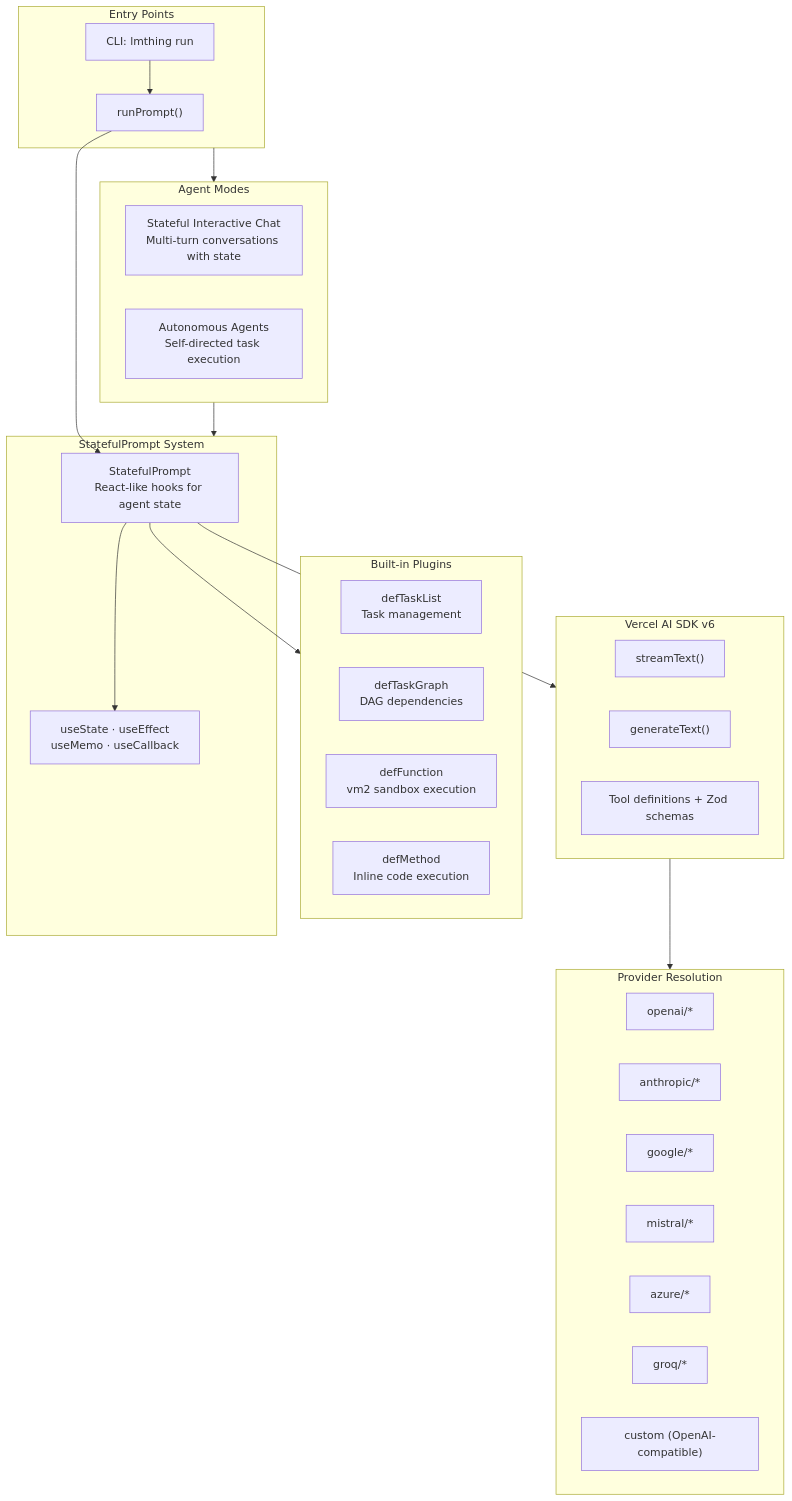
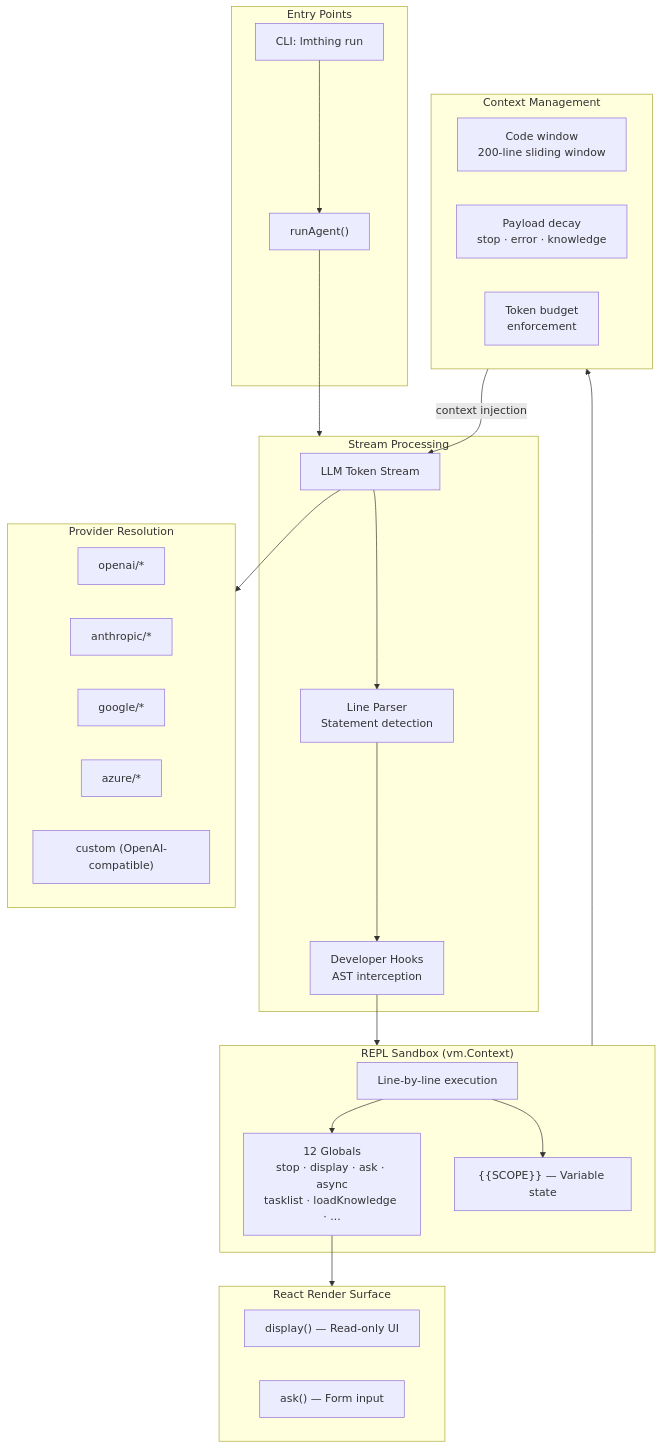
Before and after one commit to lmthing/lmthing: the second of 6 diagrams in CLAUDE.md, drawn with Mermaid. The commit also changed other lines of this file, not shown here.

First line of the commit message:
docs: sync root CLAUDE.md with core/CLAUDE.md REPL agent architecture

````diff
--- a/CLAUDE.md
+++ b/CLAUDE.md
@@ -141,50 +150,50 @@
 ```mermaid
 graph TB
     subgraph Entry["Entry Points"]
-        RunPrompt["runPrompt()"]
+        RunAgent["runAgent()"]
         CLI["CLI: lmthing run"]
     end
 
-    subgraph Modes["Agent Modes"]
-        Interactive["Stateful Interactive Chat<br/>Multi-turn conversations with state"]
-        Autonomous["Autonomous Agents<br/>Self-directed task execution"]
+    subgraph Stream["Stream Processing"]
+        LLM["LLM Token Stream"]
+        Parser["Line Parser<br/>Statement detection"]
+        Hooks["Developer Hooks<br/>AST interception"]
+        LLM --> Parser --> Hooks
     end
 
-    subgraph Prompt["StatefulPrompt System"]
-        SP["StatefulPrompt<br/>React-like hooks for agent state"]
-        Hooks["useState · useEffect<br/>useMemo · useCallback"]
-        SP --> Hooks
+    subgraph Sandbox["REPL Sandbox (vm.Context)"]
+        Exec["Line-by-line execution"]
+        Globals["12 Globals<br/>stop · display · ask · async<br/>tasklist · loadKnowledge · ..."]
+        Scope["{{SCOPE}} — Variable state"]
+        Exec --> Globals
+        Exec --> Scope
     end
 
-    Entry --> Modes
-    Modes --> Prompt
+    subgraph Render["React Render Surface"]
+        Display["display() — Read-only UI"]
+        Ask["ask() — Form input"]
+    end
 
-    subgraph Plugins["Built-in Plugins"]
-        TaskList["defTaskList<br/>Task management"]
-        TaskGraph["defTaskGraph<br/>DAG dependencies"]
-        Function["defFunction<br/>vm2 sandbox execution"]
-        Method["defMethod<br/>Inline code execution"]
+    subgraph Context["Context Management"]
+        CodeWindow["Code window<br/>200-line sliding window"]
+        Decay["Payload decay<br/>stop · error · knowledge"]
+        Budget["Token budget<br/>enforcement"]
     end
+
+    CLI --> RunAgent
+    RunAgent --> Stream
+    Hooks --> Sandbox
+    Globals --> Render
+    Sandbox --> Context
+    Context -- "context injection" --> LLM
 
     subgraph Providers["Provider Resolution"]
         OpenAI["openai/*"]
         Anthropic["anthropic/*"]
         Google["google/*"]
-        Mistral["mistral/*"]
         Azure["azure/*"]
-        Groq["groq/*"]
         Custom["custom (OpenAI-compatible)"]
     end
 
-    subgraph SDK["Vercel AI SDK v6"]
-        StreamText["streamText()"]
-        GenerateText["generateText()"]
-        Tools["Tool definitions + Zod schemas"]
-    end
-
-    RunPrompt --> SP
-    CLI --> RunPrompt
-    SP --> Plugins
-    SP --> SDK
-    SDK --> Providers
+    LLM --> Providers
 ```
````
